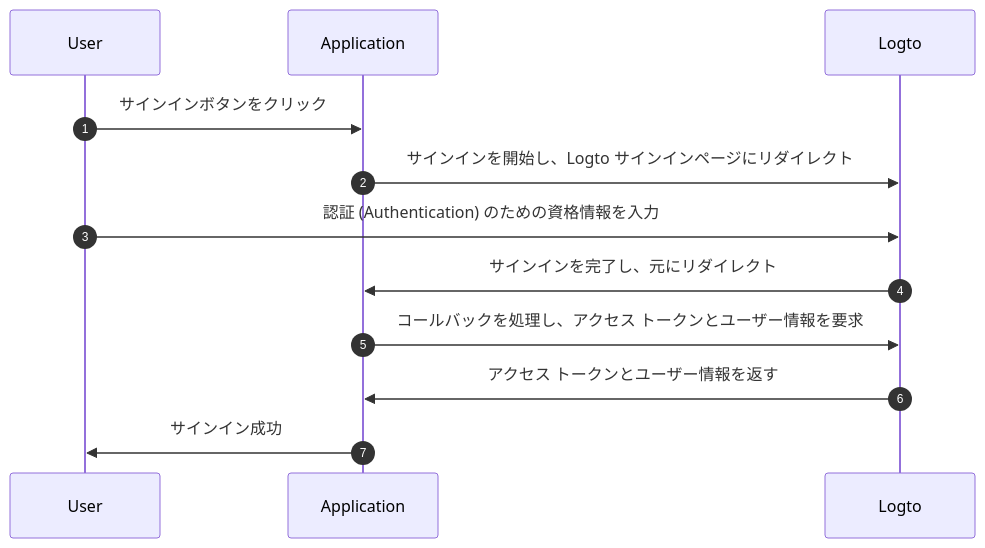
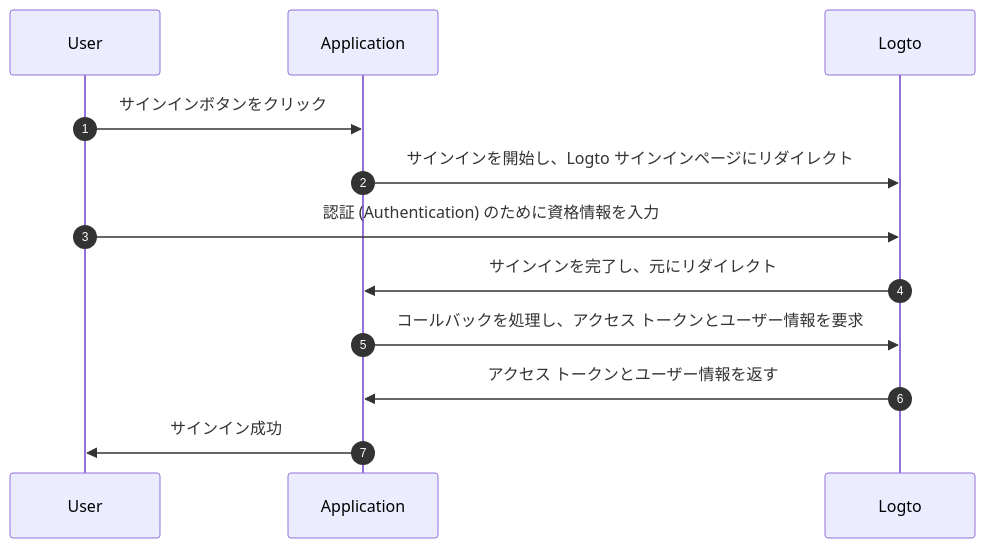
Before and after one commit to logto-io/docs: the first of 3 diagrams in i18n/ja/docusaurus-plugin-content-docs/current/integrate-logto/integrate-logto-into-your-application/understand-authentication-flow.mdx, drawn with Mermaid. The commit also changed other lines of this file and 25 other files, not shown here.

````diff
--- a/i18n/ja/docusaurus-plugin-content-docs/current/integrate-logto/integrate-logto-into-your-application/understand-authentication-flow.mdx
+++ b/i18n/ja/docusaurus-plugin-content-docs/current/integrate-logto/integrate-logto-into-your-application/understand-authentication-flow.mdx
@@ -14,15 +14,15 @@
 ```mermaid
 sequenceDiagram
     autonumber
     participant User
     participant Application
     participant Logto
 
     User->>Application: サインインボタンをクリック
     Application->>Logto: サインインを開始し、Logto サインインページにリダイレクト
-    User->>Logto: 認証 (Authentication) のための資格情報を入力
+    User->>Logto: 認証 (Authentication) のために資格情報を入力
     Logto->>Application: サインインを完了し、元にリダイレクト
     Application->>Logto: コールバックを処理し、アクセス トークンとユーザー情報を要求
     Logto->>Application: アクセス トークンとユーザー情報を返す
     Application->>User: サインイン成功
 ```
````
